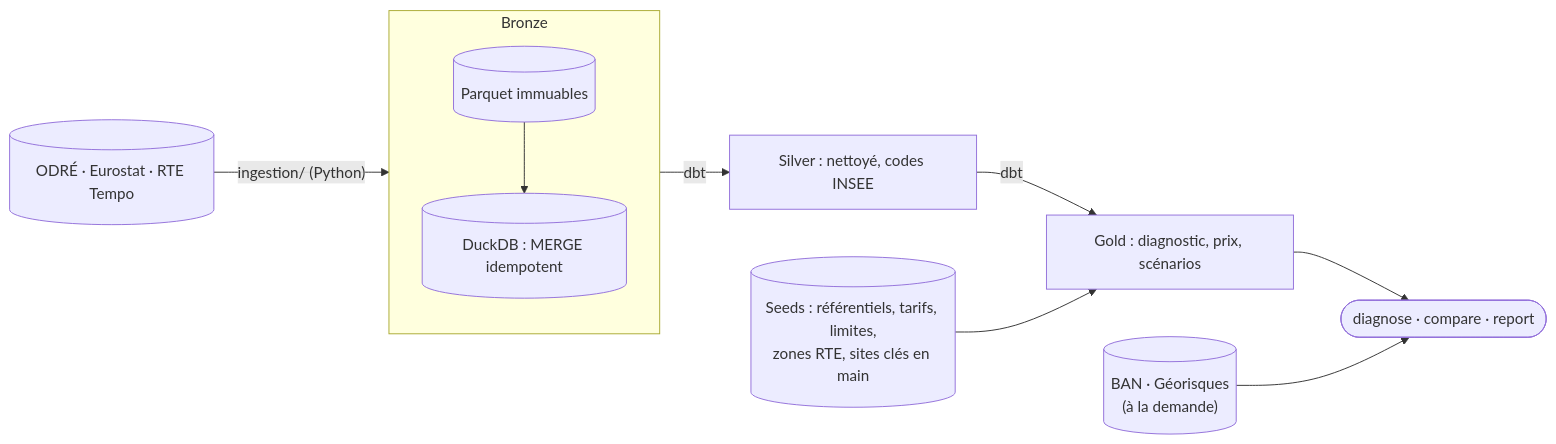
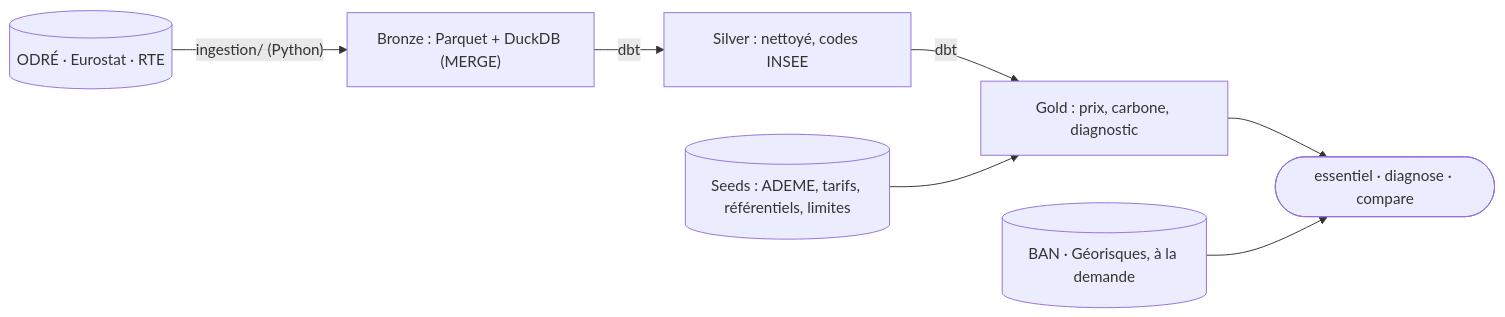
The diagram in README.md (Elias-Ouafi/ou-brancher-mon-entreprise), drawn with Mermaid before and after one commit. The commit also changed other lines of this file and 1 other file, not shown here.

````diff
--- a/README.md
+++ b/README.md
@@ -89,12 +82,9 @@
 ```mermaid
 flowchart LR
-    SRC[("ODRÉ · Eurostat · RTE Tempo")] -->|"ingestion/ (Python)"| B
-    subgraph B["Bronze"]
-        P[("Parquet immuables")] --> T[("DuckDB : MERGE idempotent")]
-    end
-    B -->|"dbt"| S["Silver : nettoyé, codes INSEE"]
-    S -->|"dbt"| G["Gold : diagnostic, prix, scénarios"]
-    SEEDS[("Seeds : référentiels, tarifs, limites,<br/>zones RTE, sites clés en main")] --> G
-    G --> CLI(["diagnose · compare · report"])
-    BAN[("BAN · Géorisques<br/>(à la demande)")] --> CLI
+    SRC[("ODRÉ · Eurostat · RTE")] -->|"ingestion/ (Python)"| B["Bronze : Parquet + DuckDB (MERGE)"]
+    B -->|dbt| S["Silver : nettoyé, codes INSEE"]
+    S -->|dbt| G["Gold : prix, carbone, diagnostic"]
+    SEEDS[("Seeds : ADEME, tarifs, référentiels, limites")] --> G
+    G --> CLI(["essentiel · diagnose · compare"])
+    BAN[("BAN · Géorisques, à la demande")] --> CLI
 ```
````
